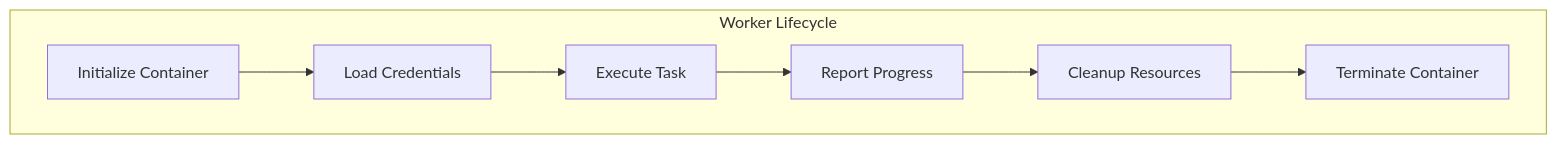
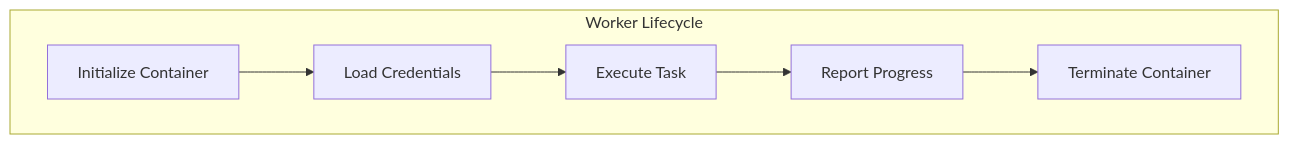
Before and after one commit to flxbl-io/docs-sfp: the tenth of 11 diagrams in running-sfp-as-a-server/sfp-pro-server-architecture-overview.md, drawn with Mermaid. The commit also changed other lines of this file, not shown here.

Commit message:
minor changes to diagrams

````diff
--- a/running-sfp-as-a-server/sfp-pro-server-architecture-overview.md
+++ b/running-sfp-as-a-server/sfp-pro-server-architecture-overview.md
@@ -527,17 +519,15 @@
 ```mermaid
 graph TD
     subgraph "Worker Lifecycle"
         Init[Initialize Container]
         Cred[Load Credentials]
         Exec[Execute Task]
         Report[Report Progress]
-        Clean[Cleanup Resources]
         Term[Terminate Container]
     end
 
     Init --> Cred
     Cred --> Exec
     Exec --> Report
-    Report --> Clean
-    Clean --> Term
+    Report --> Term
 ```
````
